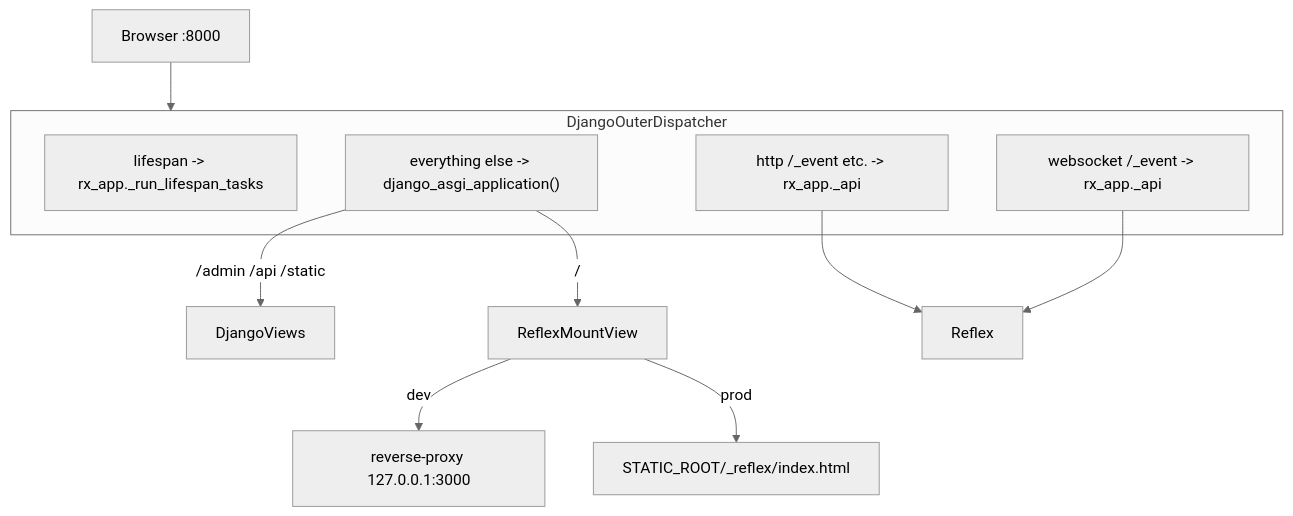
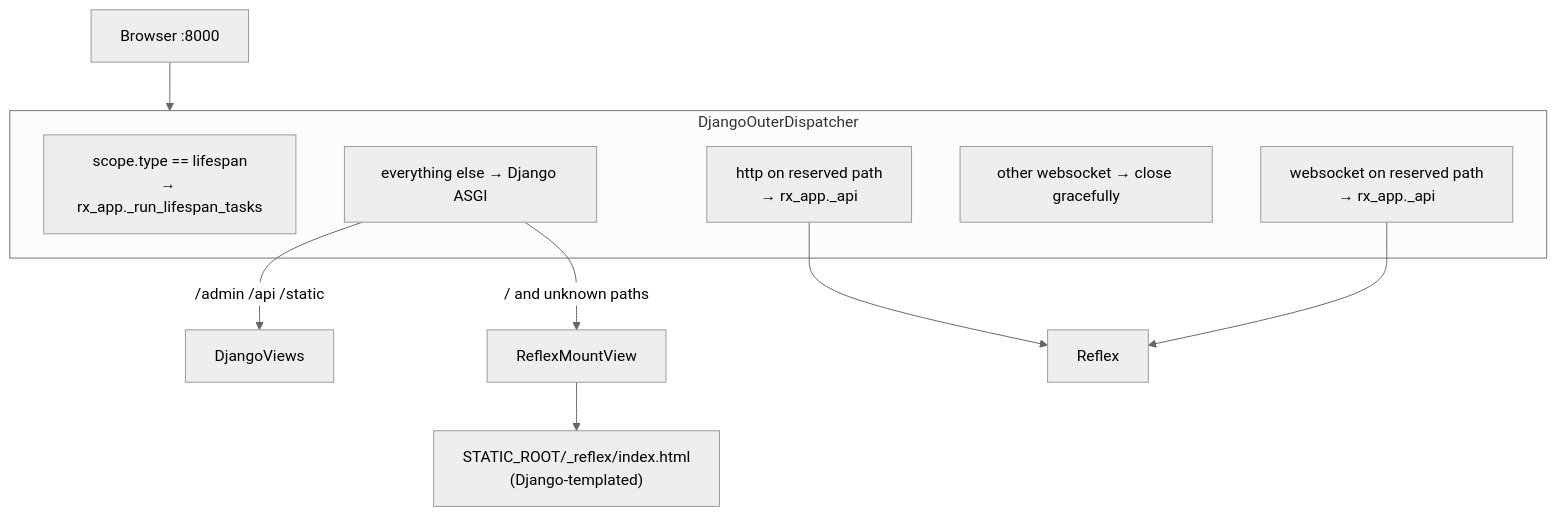
The first of 2 diagrams in docs/single_port_django_outer.md (web7ai/reflex-django), drawn with Mermaid (neutral theme) before and after one commit. The commit also changed other lines of this file and 11 other files, not shown here.

Commit message:
docs: enhance architecture, CLI, configuration, and deployment documentation for `reflex-django`; clarify single ASGI process model, update command usage, and refine configuration details for improved user understanding

````diff
--- a/docs/single_port_django_outer.md
+++ b/docs/single_port_django_outer.md
@@ -26,16 +22,16 @@
 ```mermaid
 flowchart TD
     Browser["Browser :8000"] --> Outer
     subgraph Outer["DjangoOuterDispatcher"]
-        Lifespan["lifespan -> rx_app._run_lifespan_tasks"]
-        ReservedHTTP["http /_event etc. -> rx_app._api"]
-        ReservedWS["websocket /_event -> rx_app._api"]
-        Default["everything else -> django_asgi_application()"]
+        Lifespan["scope.type == lifespan<br/>→ rx_app._run_lifespan_tasks"]
+        ReservedHTTP["http on reserved path<br/>→ rx_app._api"]
+        ReservedWS["websocket on reserved path<br/>→ rx_app._api"]
+        WS["other websocket → close gracefully"]
+        Default["everything else → Django ASGI"]
     end
-    Default -->|"/admin /api /static"| DjangoViews
-    Default -->|"/"| Mount["ReflexMountView"]
-    Mount -->|dev| ViteProxy["reverse-proxy 127.0.0.1:3000"]
-    Mount -->|prod| Spa["STATIC_ROOT/_reflex/index.html"]
+    Default -->|/admin /api /static| DjangoViews
+    Default -->|/ and unknown paths| Mount["ReflexMountView"]
+    Mount --> Spa["STATIC_ROOT/_reflex/index.html<br/>(Django-templated)"]
     ReservedHTTP --> Reflex
     ReservedWS --> Reflex
 ```
````
